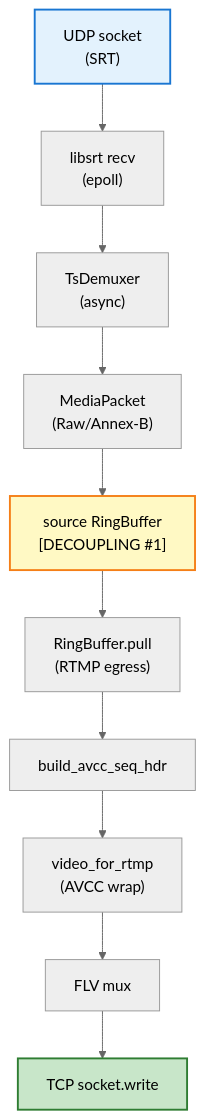
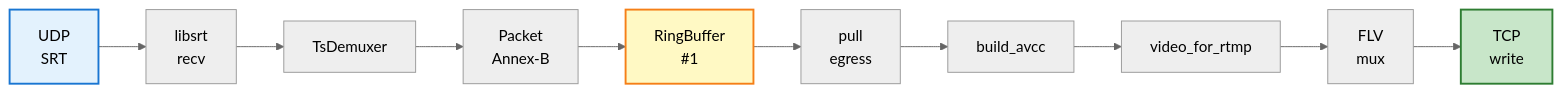
One commit to live-miracles/restream changed the seventh of 24 diagrams in docs/run-to-completion-analysis.md. Above: the diagram before and after it, drawn with Mermaid (neutral theme). The commit also changed other lines of this file, not shown here.

First line of the commit message:
Restructure diagrams to use horizontal layout for vertical space efficiency

````diff
--- a/docs/run-to-completion-analysis.md
+++ b/docs/run-to-completion-analysis.md
@@ -328,19 +279,10 @@
 ```mermaid
-graph TD
-    A["UDP socket<br/>(SRT)"]
-    B["libsrt recv<br/>(epoll)"]
-    C["TsDemuxer<br/>(async)"]
-    D["MediaPacket<br/>(Raw/Annex-B)"]
-    E["source RingBuffer<br/>[DECOUPLING #1]"]
-    F["RingBuffer.pull<br/>(RTMP egress)"]
-    G["build_avcc_seq_hdr"]
-    H["video_for_rtmp<br/>(AVCC wrap)"]
-    I["FLV mux"]
-    J["TCP socket.write"]
-    
-    A --> B --> C --> D --> E --> F --> G --> H --> I --> J
+graph LR
+    A["UDP<br/>SRT"] --> B["libsrt<br/>recv"] --> C["TsDemuxer"] --> D["Packet<br/>Annex-B"]
+    D --> E["RingBuffer<br/>#1"] --> F["pull<br/>egress"] --> G["build_avcc"] --> H["video_for_rtmp"]
+    H --> I["FLV<br/>mux"] --> J["TCP<br/>write"]
     
     style A fill:#e3f2fd,stroke:#1976d2,stroke-width:2px,color:#000
     style E fill:#fff9c4,stroke:#f57f17,stroke-width:2px,color:#000
     style J fill:#c8e6c9,stroke:#2e7d32,stroke-width:2px,color:#000
 ```
````
